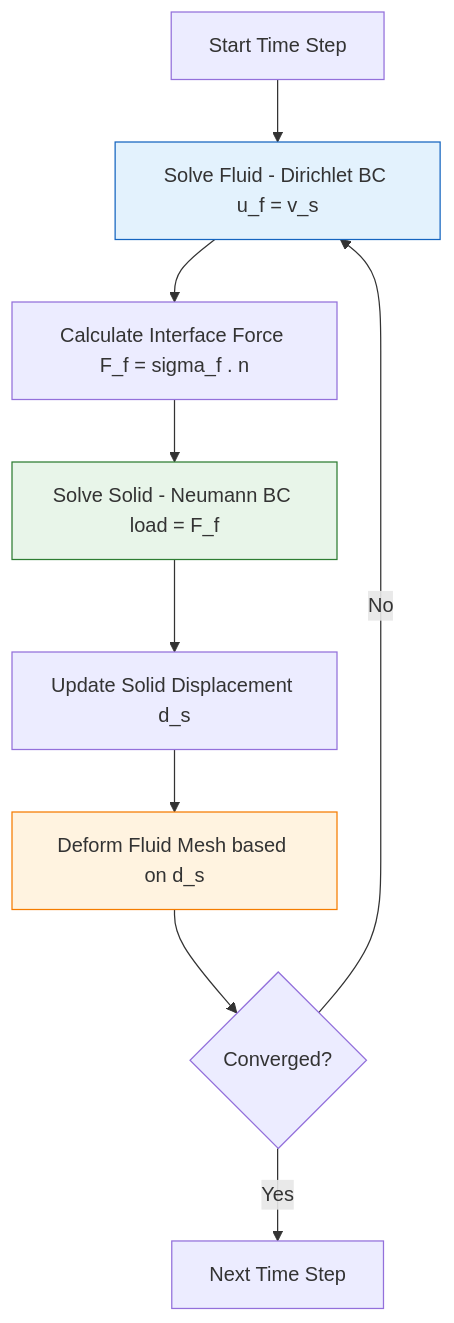
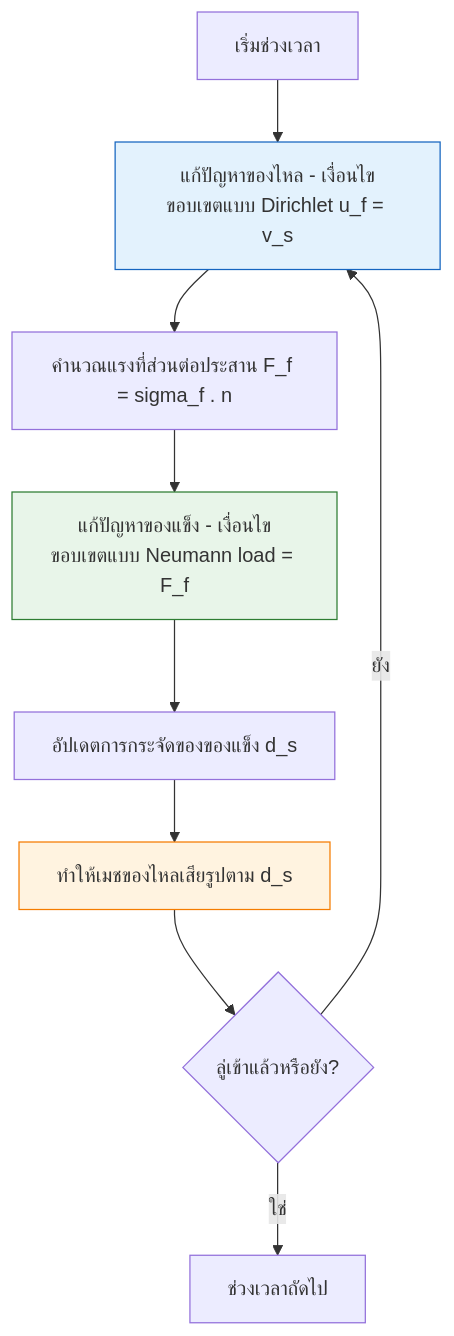
One commit to wramet/build-my-cfd changed the diagram in MODULE_06_ADVANCED_PHYSICS/CONTENT/02_COUPLED_PHYSICS/02_Fluid_Structure_Interaction.md. Above: the diagram before and after it, drawn with Mermaid. The commit also changed other lines of this file and 104 other files, not shown here.

````diff
--- a/MODULE_06_ADVANCED_PHYSICS/CONTENT/02_COUPLED_PHYSICS/02_Fluid_Structure_Interaction.md
+++ b/MODULE_06_ADVANCED_PHYSICS/CONTENT/02_COUPLED_PHYSICS/02_Fluid_Structure_Interaction.md
@@ -112,15 +113,15 @@
 ```mermaid
 graph TD
-    A[Start Time Step] --> B[Solve Fluid - Dirichlet BC u_f = v_s]
-    B --> C[Calculate Interface Force F_f = sigma_f . n]
-    C --> D[Solve Solid - Neumann BC load = F_f]
-    D --> E[Update Solid Displacement d_s]
-    E --> F[Deform Fluid Mesh based on d_s]
-    F --> G{Converged?}
-    G -- No --> B
-    G -- Yes --> H[Next Time Step]
+    A[เริ่มช่วงเวลา] --> B[แก้ปัญหาของไหล - เงื่อนไขขอบเขตแบบ Dirichlet u_f = v_s]
+    B --> C[คำนวณแรงที่ส่วนต่อประสาน F_f = sigma_f . n]
+    C --> D[แก้ปัญหาของแข็ง - เงื่อนไขขอบเขตแบบ Neumann load = F_f]
+    D --> E[อัปเดตการกระจัดของของแข็ง d_s]
+    E --> F[ทำให้เมชของไหลเสียรูปตาม d_s]
+    F --> G{ลู่เข้าแล้วหรือยัง?}
+    G -- ยัง --> B
+    G -- ใช่ --> H[ช่วงเวลาถัดไป]
 
     style B fill:#e3f2fd,stroke:#1565c0
     style D fill:#e8f5e9,stroke:#2e7d32
     style F fill:#fff3e0,stroke:#f57c00
 ```
````
